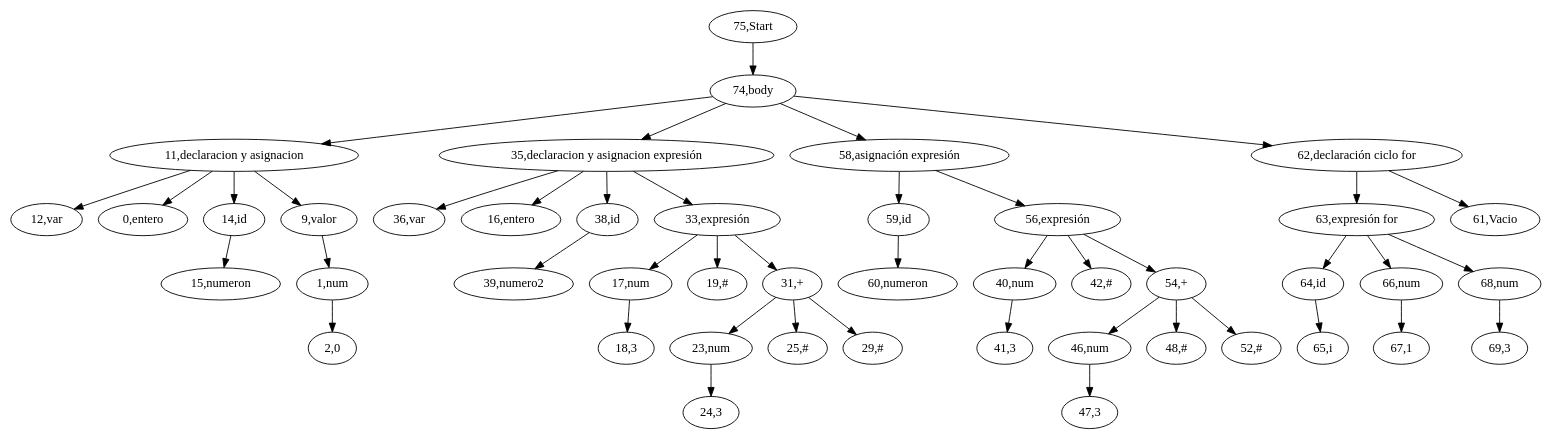
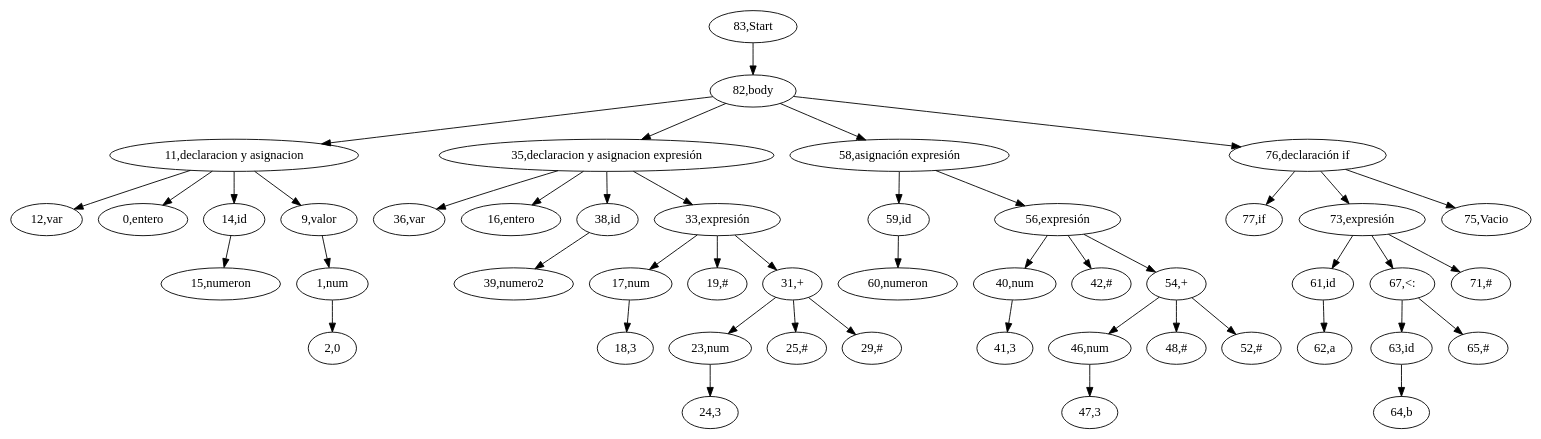
One commit to mata889/Compilacion_Proyect changed the diagram in src/AST/AST.dot. Above: the diagram before and after it, drawn with Graphviz. The commit also changed 3 other files, not shown here.

```diff
--- a/src/AST/AST.dot
+++ b/src/AST/AST.dot
@@ -1,47 +1,49 @@
 digraph {
-"75,Start" -> "74,body";
-"74,body" -> "11,declaracion y asignacion";
+"83,Start" -> "82,body";
+"82,body" -> "11,declaracion y asignacion";
 "11,declaracion y asignacion" -> "12,var";
 "11,declaracion y asignacion" -> "0,entero";
 "11,declaracion y asignacion" -> "14,id";
 "14,id" -> "15,numeron";
 "11,declaracion y asignacion" -> "9,valor";
 "9,valor" -> "1,num";
 "1,num" -> "2,0";
-"74,body" -> "35,declaracion y asignacion expresión";
+"82,body" -> "35,declaracion y asignacion expresión";
 "35,declaracion y asignacion expresión" -> "36,var";
 "35,declaracion y asignacion expresión" -> "16,entero";
 "35,declaracion y asignacion expresión" -> "38,id";
 "38,id" -> "39,numero2";
 "35,declaracion y asignacion expresión" -> "33,expresión";
 "33,expresión" -> "17,num";
 "17,num" -> "18,3";
 "33,expresión" -> "19,#";
 "33,expresión" -> "31,+";
 "31,+" -> "23,num";
 "23,num" -> "24,3";
 "31,+" -> "25,#";
 "31,+" -> "29,#";
-"74,body" -> "58,asignación expresión";
+"82,body" -> "58,asignación expresión";
 "58,asignación expresión" -> "59,id";
 "59,id" -> "60,numeron";
 "58,asignación expresión" -> "56,expresión";
 "56,expresión" -> "40,num";
 "40,num" -> "41,3";
 "56,expresión" -> "42,#";
 "56,expresión" -> "54,+";
 "54,+" -> "46,num";
 "46,num" -> "47,3";
 "54,+" -> "48,#";
 "54,+" -> "52,#";
-"74,body" -> "62,declaración ciclo for";
-"62,declaración ciclo for" -> "63,expresión for";
-"63,expresión for" -> "64,id";
-"64,id" -> "65,i";
-"63,expresión for" -> "66,num";
-"66,num" -> "67,1";
-"63,expresión for" -> "68,num";
-"68,num" -> "69,3";
-"62,declaración ciclo for" -> "61,Vacio";
+"82,body" -> "76,declaración if";
+"76,declaración if" -> "77,if";
+"76,declaración if" -> "73,expresión";
+"73,expresión" -> "61,id";
+"61,id" -> "62,a";
+"73,expresión" -> "67,<:";
+"67,<:" -> "63,id";
+"63,id" -> "64,b";
+"67,<:" -> "65,#";
+"73,expresión" -> "71,#";
+"76,declaración if" -> "75,Vacio";
 
 }
```
